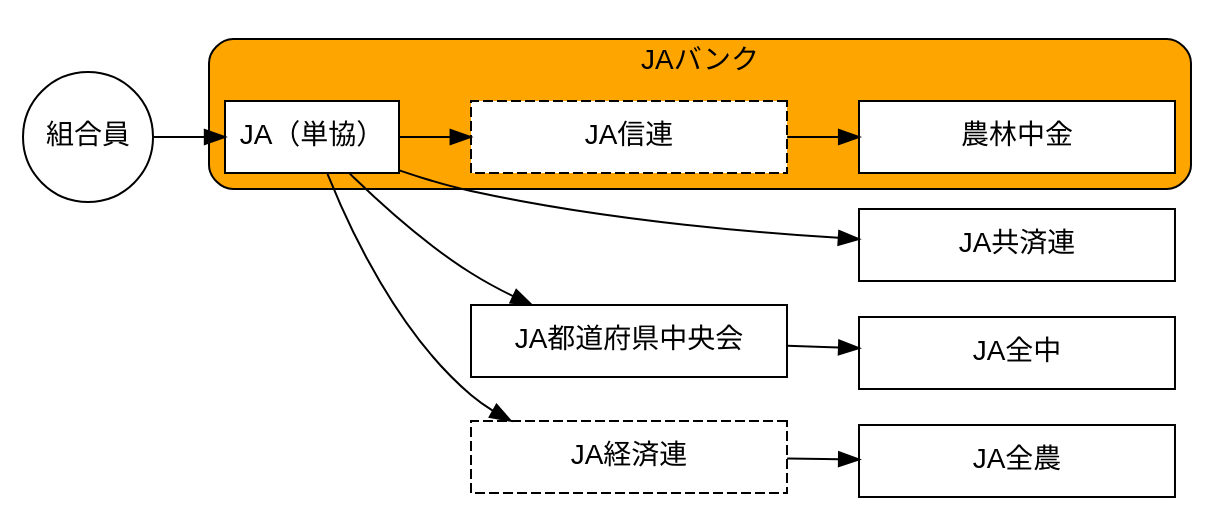
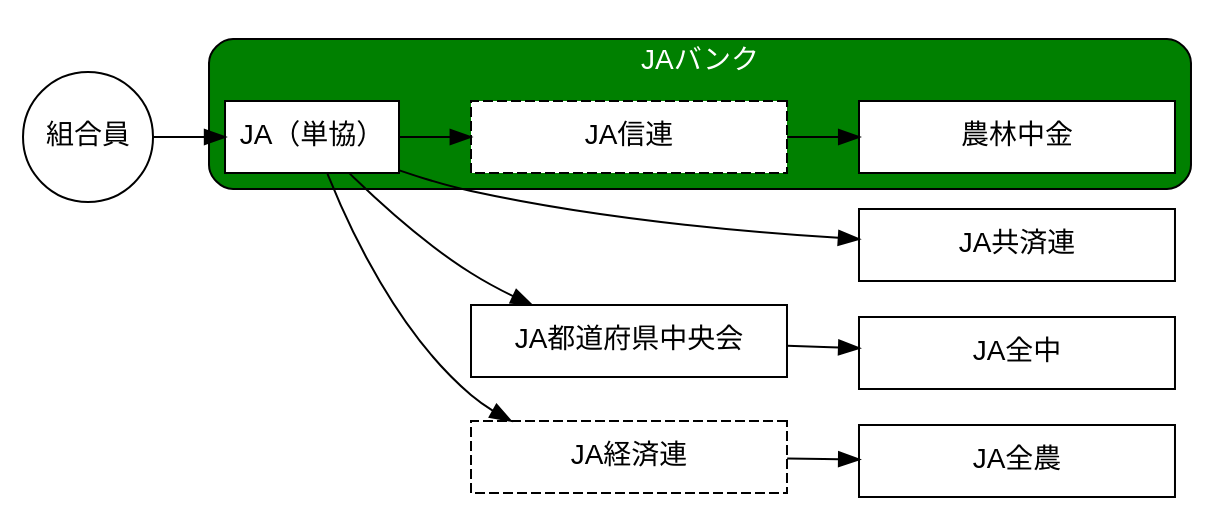
One commit to takeshinishimura/Cooperative changed the diagram in data/Systematic_organization_of_jabank.gv. Above: the diagram before and after it, drawn with Graphviz. The commit also changed 3 other files, not shown here.

```diff
--- a/data/Systematic_organization_of_jabank.gv
+++ b/data/Systematic_organization_of_jabank.gv
@@ -1,33 +1,34 @@
 digraph ja_bank {
   graph [rankdir = LR]
 
   node [fontname = Helvetica,
     shape = box,
     fixedsize = false,
     style = filled,
     fillcolor = white]
   組合員 [shape = circle, width = 0.9]
   JA（単協）
   node [width = 2.2]
   JA共済連; JA都道府県中央会; JA全農; 農林中金; JA全中
   node [width = 2.2,
     shape = box,
     style = "dashed,filled"]
   JA経済連; JA信連
 
   edge []
   組合員->JA（単協）
   JA（単協）->JA経済連->JA全農
   JA（単協）->JA共済連
   JA（単協）->JA信連->農林中金
   JA（単協）->JA都道府県中央会->JA全中
 
   {rank = sink; JA全農; JA共済連; JA全中}
   subgraph cluster2 {
     label = "JAバンク"
     fontname = Helvetica
-    bgcolor = orange
+    fontcolor = white
+    bgcolor = "#008000"
     style = rounded
     JA（単協）; JA信連; 農林中金
   }
 }
```
